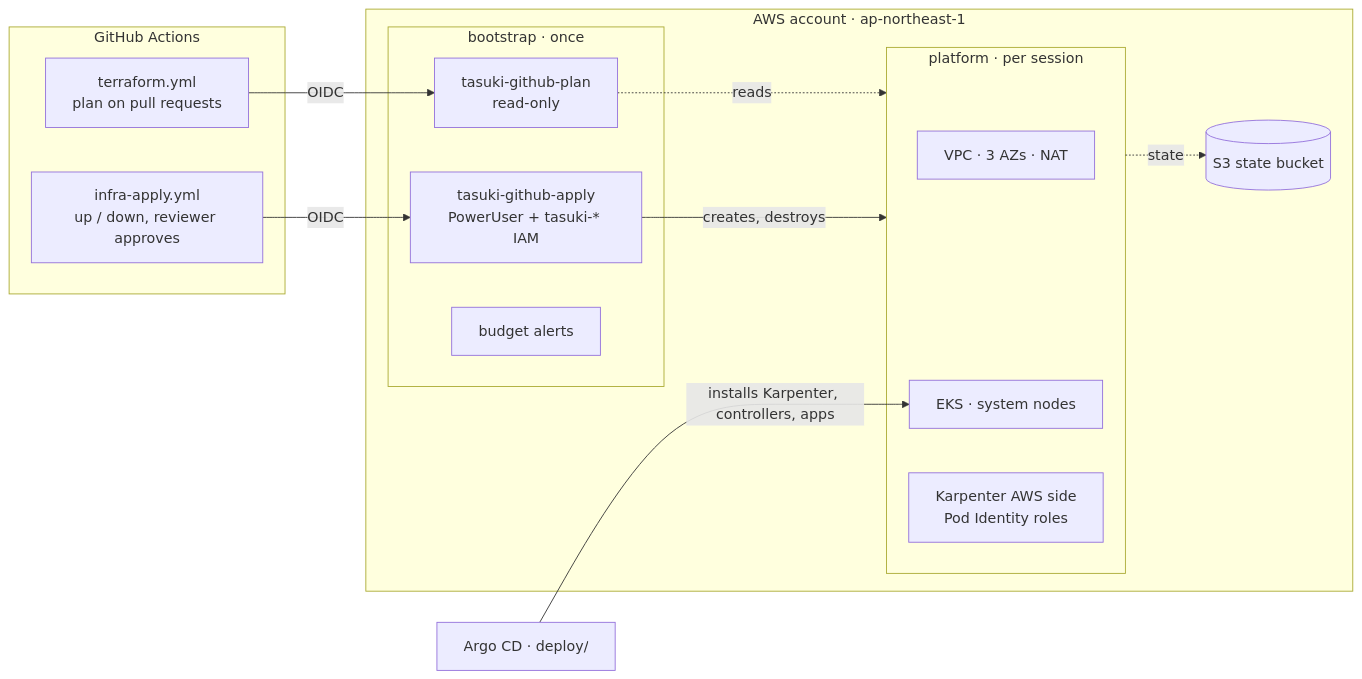
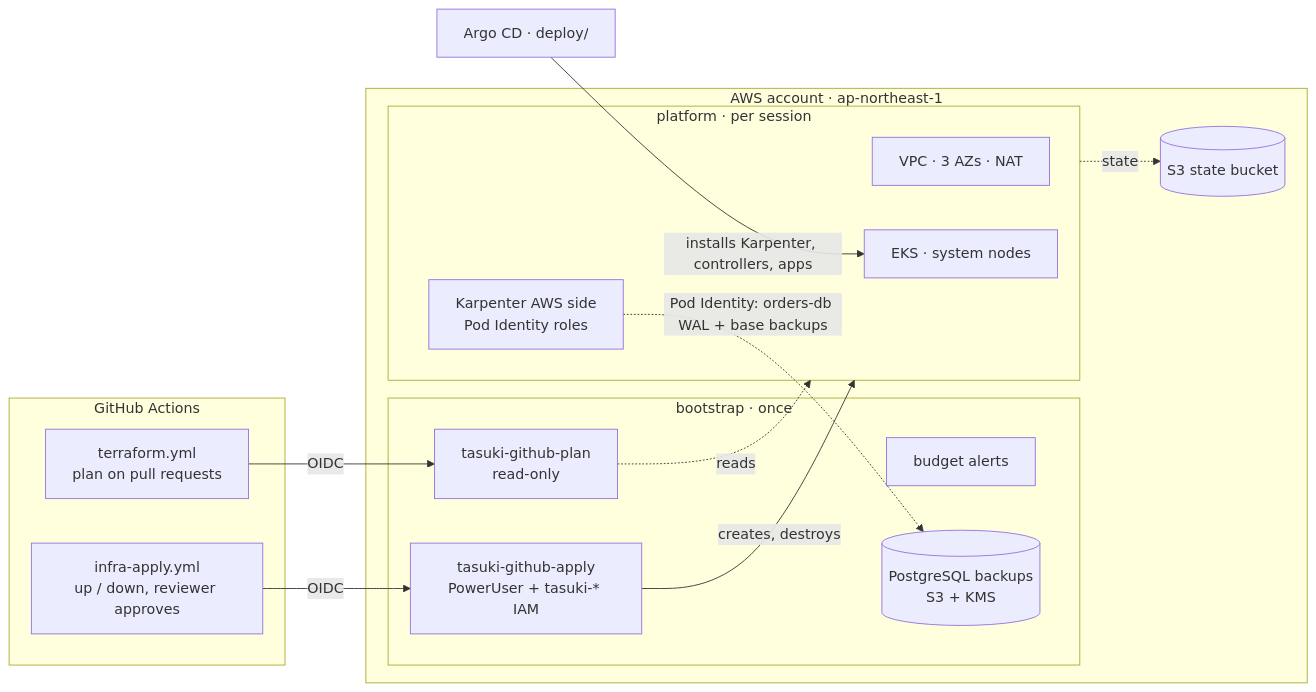
Before and after one commit to codewithmuh/tasuki-delivery-platform: the diagram in infra/README.md, drawn with Mermaid. The commit also changed other lines of this file and 60 other files, not shown here.

Commit message:
feat(deploy,infra): canary releases, orders-db backups and alert routing

````diff
--- a/infra/README.md
+++ b/infra/README.md
@@ -13,25 +13,27 @@
 ```mermaid
 flowchart LR
     subgraph gh[GitHub Actions]
         plan[terraform.yml<br/>plan on pull requests]
         apply[infra-apply.yml<br/>up / down, reviewer approves]
     end
     subgraph aws[AWS account · ap-northeast-1]
         subgraph boot[bootstrap · once]
             planrole[tasuki-github-plan<br/>read-only]
             applyrole[tasuki-github-apply<br/>PowerUser + tasuki-* IAM]
             budget[budget alerts]
+            backups[(PostgreSQL backups<br/>S3 + KMS)]
         end
         state[(S3 state bucket)]
         subgraph platform[platform · per session]
             vpc[VPC · 3 AZs · NAT]
             eks[EKS · system nodes]
             karp[Karpenter AWS side<br/>Pod Identity roles]
         end
     end
     argocd[Argo CD · deploy/]
     plan -->|OIDC| planrole -.->|reads| platform
     apply -->|OIDC| applyrole -->|creates, destroys| platform
     platform -.->|state| state
     argocd -->|installs Karpenter, controllers, apps| eks
+    karp -.->|Pod Identity: orders-db WAL + base backups| backups
 ```
````
